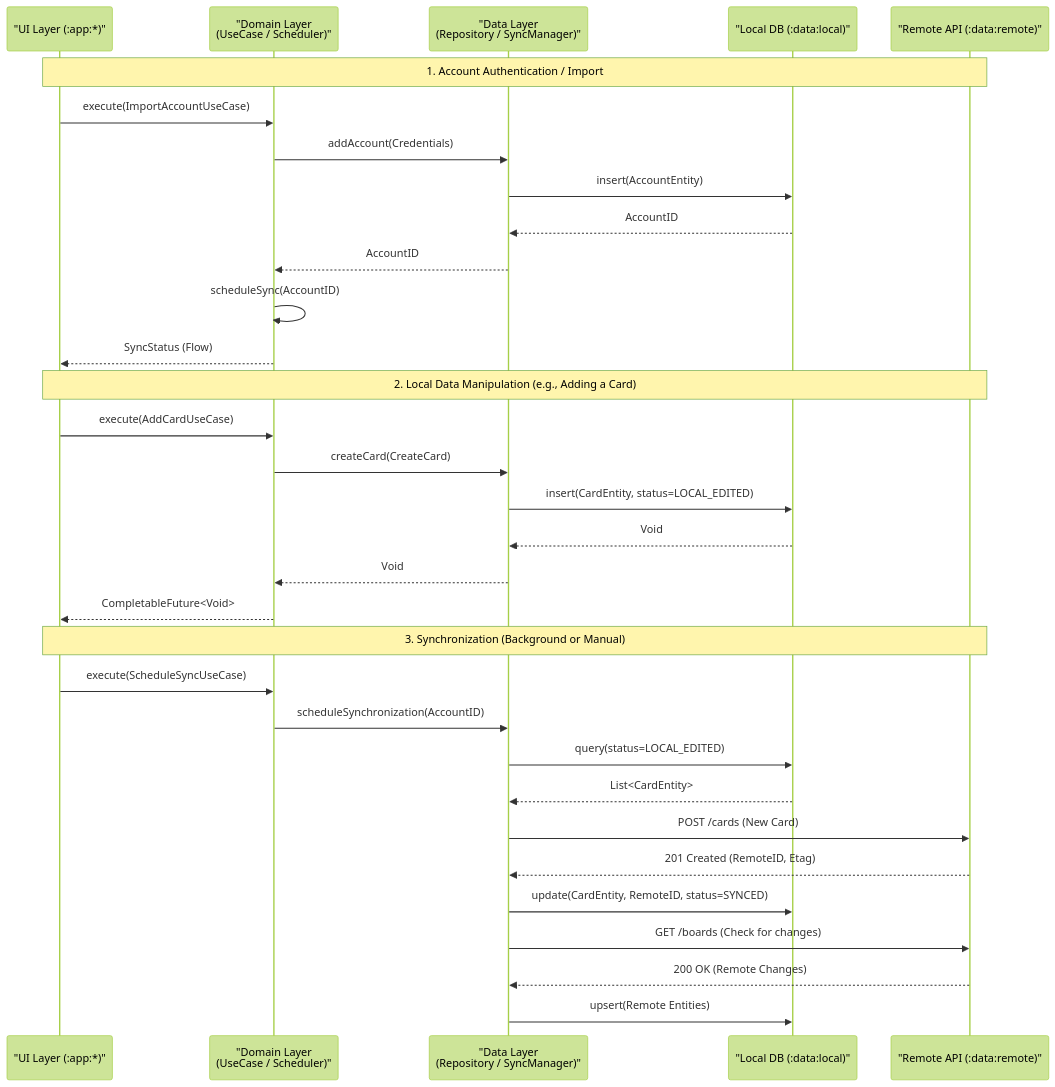
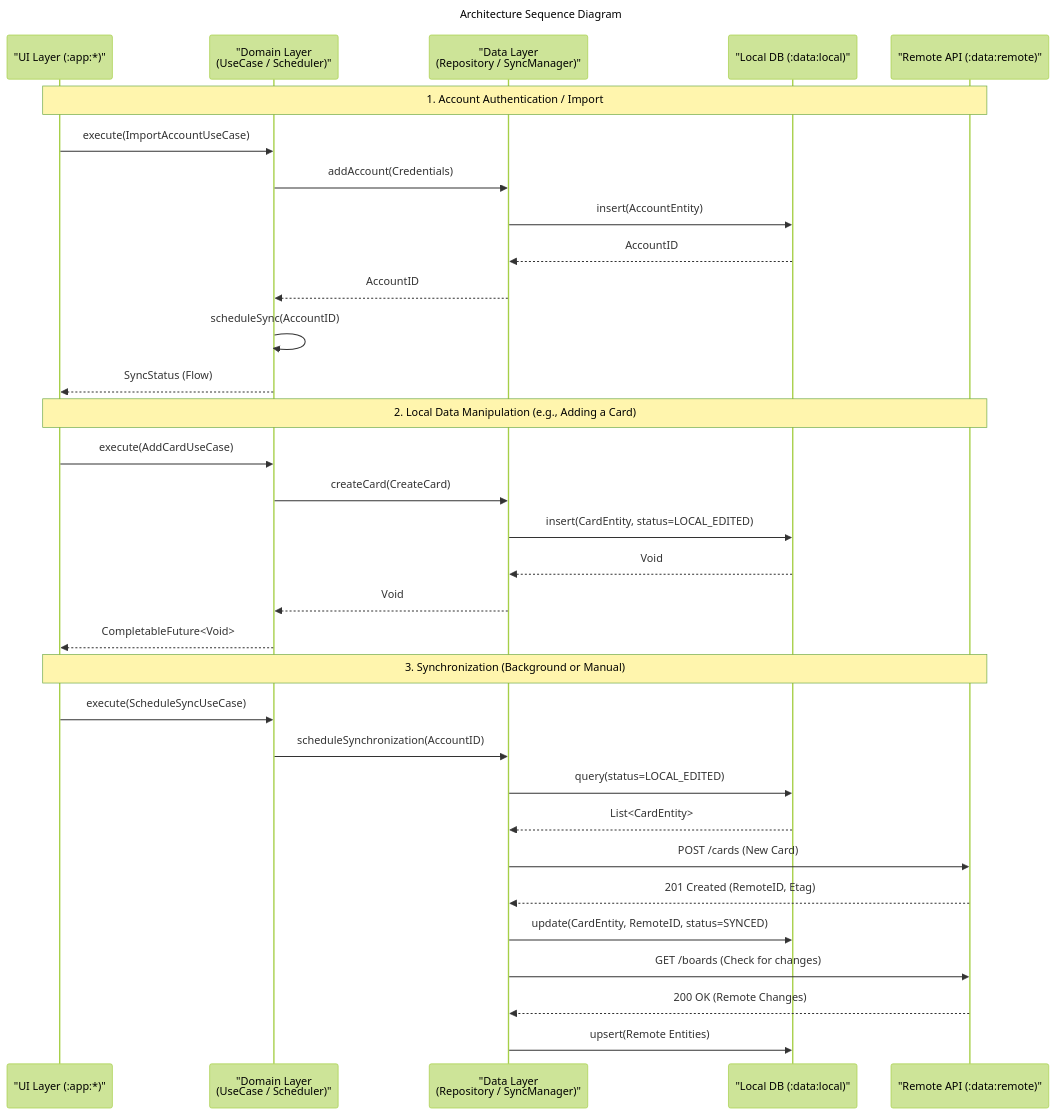
The second of 2 diagrams in docs/architecture.md (stefan-niedermann/nextcloud-deck), drawn with Mermaid (forest theme) before and after one commit. The commit also changed other lines of this file, not shown here.

Commit message:
chore(docs): Update architecture documentation

````diff
--- a/docs/architecture.md
+++ b/docs/architecture.md
@@ -106,39 +116,43 @@
 ```mermaid
+---
+title: Architecture Sequence Diagram
+---
+
 sequenceDiagram
     participant App as "UI Layer (:app:*)"
     participant Domain as "Domain Layer<br/>(UseCase / Scheduler)"
     participant Data as "Data Layer<br/>(Repository / SyncManager)"
     participant DB as "Local DB (:data:local)"
     participant Remote as "Remote API (:data:remote)"
 
     Note over App, Remote: 1. Account Authentication / Import
     App->>Domain: execute(ImportAccountUseCase)
     Domain->>Data: addAccount(Credentials)
     Data->>DB: insert(AccountEntity)
     DB-->>Data: AccountID
     Data-->>Domain: AccountID
     Domain->>Domain: scheduleSync(AccountID)
     Domain-->>App: SyncStatus (Flow)
 
     Note over App, Remote: 2. Local Data Manipulation (e.g., Adding a Card)
     App->>Domain: execute(AddCardUseCase)
     Domain->>Data: createCard(CreateCard)
     Data->>DB: insert(CardEntity, status=LOCAL_EDITED)
     DB-->>Data: Void
     Data-->>Domain: Void
     Domain-->>App: CompletableFuture<Void>
 
     Note over App, Remote: 3. Synchronization (Background or Manual)
     App->>Domain: execute(ScheduleSyncUseCase)
     Domain->>Data: scheduleSynchronization(AccountID)
     
     Data->>DB: query(status=LOCAL_EDITED)
     DB-->>Data: List<CardEntity>
     Data->>Remote: POST /cards (New Card)
     Remote-->>Data: 201 Created (RemoteID, Etag)
     Data->>DB: update(CardEntity, RemoteID, status=SYNCED)
     
     Data->>Remote: GET /boards (Check for changes)
     Remote-->>Data: 200 OK (Remote Changes)
     Data->>DB: upsert(Remote Entities)
 ```
````
